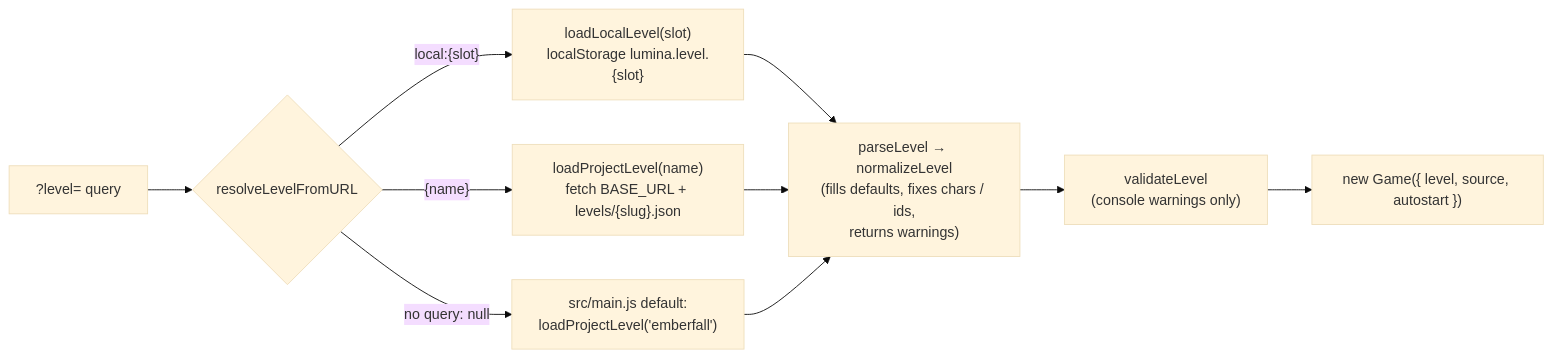
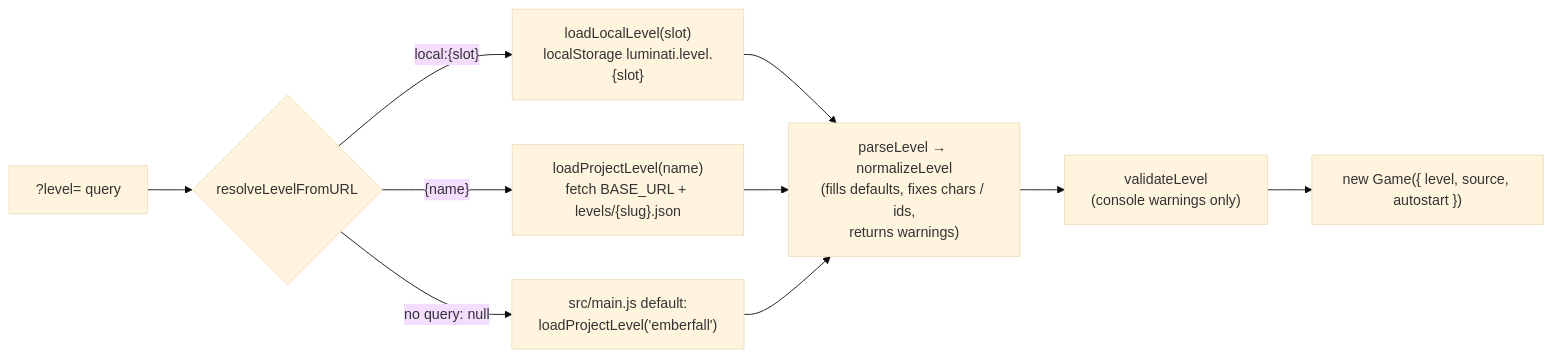
The fourth of 7 diagrams in docs/architecture/OVERVIEW.md (Leemonztuff/SoulDolls-Lumina), drawn with Mermaid (base theme) before and after one commit. The commit also changed other lines of this file and 586 other files, not shown here.

````diff
--- a/docs/architecture/OVERVIEW.md
+++ b/docs/architecture/OVERVIEW.md
@@ -333,10 +347,10 @@
 ```mermaid
 flowchart LR
   Q["?level= query"] --> R{"resolveLevelFromURL"}
-  R -- "local:{slot}" --> LL["loadLocalLevel(slot)<br/>localStorage lumina.level.{slot}"]
+  R -- "local:{slot}" --> LL["loadLocalLevel(slot)<br/>localStorage luminati.level.{slot}"]
   R -- "{name}" --> PL["loadProjectLevel(name)<br/>fetch BASE_URL + levels/{slug}.json"]
   R -- "no query: null" --> DEF["src/main.js default:<br/>loadProjectLevel('emberfall')"]
   LL & PL & DEF --> PARSE["parseLevel → normalizeLevel<br/>(fills defaults, fixes chars / ids,<br/>returns warnings)"]
   PARSE --> VAL["validateLevel<br/>(console warnings only)"]
   VAL --> GAME["new Game({ level, source, autostart })"]
 ```
````
